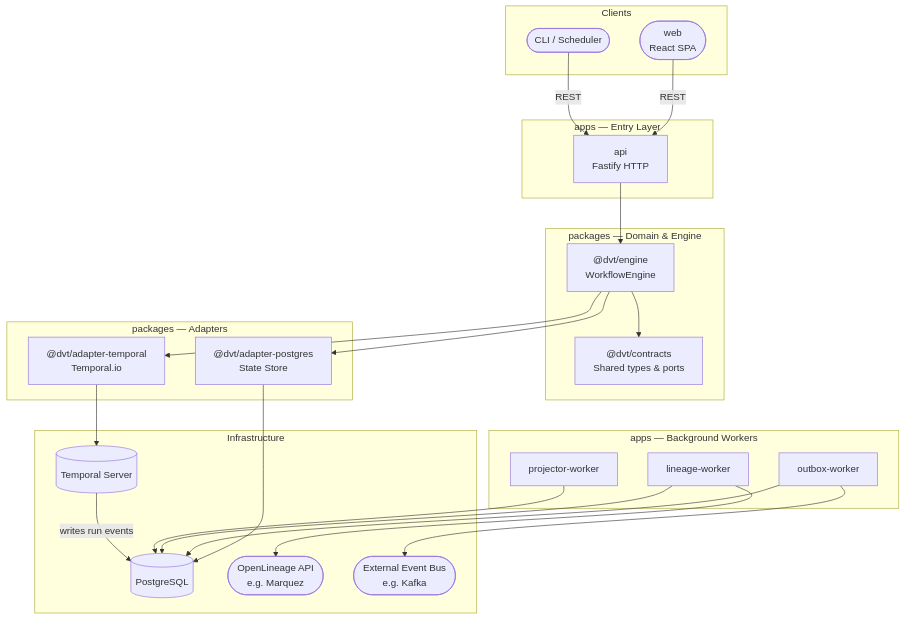
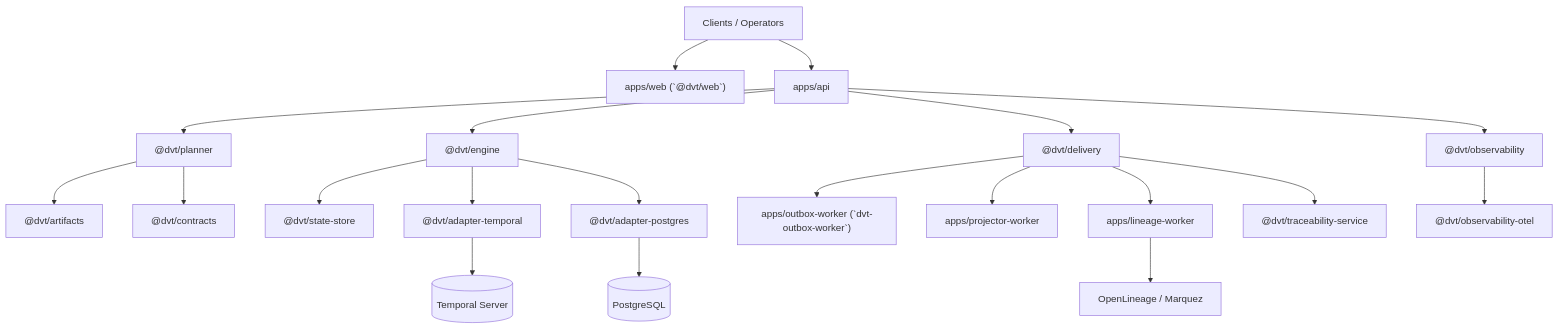
One commit to dunay2/dvt changed the diagram in docs/architecture/system-overview.md. Above: the diagram before and after it, drawn with Mermaid. The commit also changed other lines of this file and 63 other files, not shown here.

Commit message:
docs(docs): Reconcile architecture docs and frontend convergence planning

````diff
--- a/docs/architecture/system-overview.md
+++ b/docs/architecture/system-overview.md
@@ -42,49 +44,28 @@
 ```mermaid
-graph TD
-    subgraph Clients
-        Web([web\nReact SPA])
-        CLI([CLI / Scheduler])
-    end
+flowchart TB
+    Client["Clients / Operators"] --> Web["apps/web (`@dvt/web`)"]
+    Client --> API["apps/api"]
 
-    subgraph Entry["apps — Entry Layer"]
-        API[api\nFastify HTTP]
-    end
+    API --> Planner["@dvt/planner"]
+    API --> Engine["@dvt/engine"]
+    API --> Delivery["@dvt/delivery"]
 
-    subgraph Domain["packages — Domain & Engine"]
-        ENG["@dvt/engine\nWorkflowEngine"]
-        CONTRACTS["@dvt/contracts\nShared types & ports"]
-    end
+    Planner --> Artifacts["@dvt/artifacts"]
+    Planner --> Contracts["@dvt/contracts"]
 
-    subgraph Adapters["packages — Adapters"]
-        TEMPORAL["@dvt/adapter-temporal\nTemporal.io"]
-        POSTGRES["@dvt/adapter-postgres\nState Store"]
-    end
+    Engine --> State["@dvt/state-store"]
+    Engine --> Temporal["@dvt/adapter-temporal"]
+    Engine --> Postgres["@dvt/adapter-postgres"]
 
-    subgraph Workers["apps — Background Workers"]
-        OW[outbox-worker]
-        LW[lineage-worker]
-        PW[projector-worker]
-    end
+    Delivery --> Outbox["apps/outbox-worker (`dvt-outbox-worker`)"]
+    Delivery --> Projector["apps/projector-worker"]
+    Delivery --> Lineage["apps/lineage-worker"]
 
-    subgraph Infra["Infrastructure"]
-        PG[(PostgreSQL)]
-        TMP[(Temporal Server)]
-        OAPI([OpenLineage API\ne.g. Marquez])
-        EXTEVT([External Event Bus\ne.g. Kafka])
-    end
+    API --> Observability["@dvt/observability"]
+    Delivery --> Traceability["@dvt/traceability-service"]
+    Observability --> Otel["@dvt/observability-otel"]
 
-    Web -->|REST| API
-    CLI -->|REST| API
-    API --> ENG
-    ENG --> CONTRACTS
-    ENG --> TEMPORAL
-    ENG --> POSTGRES
-    TEMPORAL --> TMP
-    POSTGRES --> PG
-    OW --> PG
-    LW --> PG
-    PW --> PG
-    OW --> EXTEVT
-    LW --> OAPI
-    TMP -->|writes run events| PG
+    Postgres --> DB[("PostgreSQL")]
+    Temporal --> TemporalServer[("Temporal Server")]
+    Lineage --> OpenLineage["OpenLineage / Marquez"]
 ```
````
